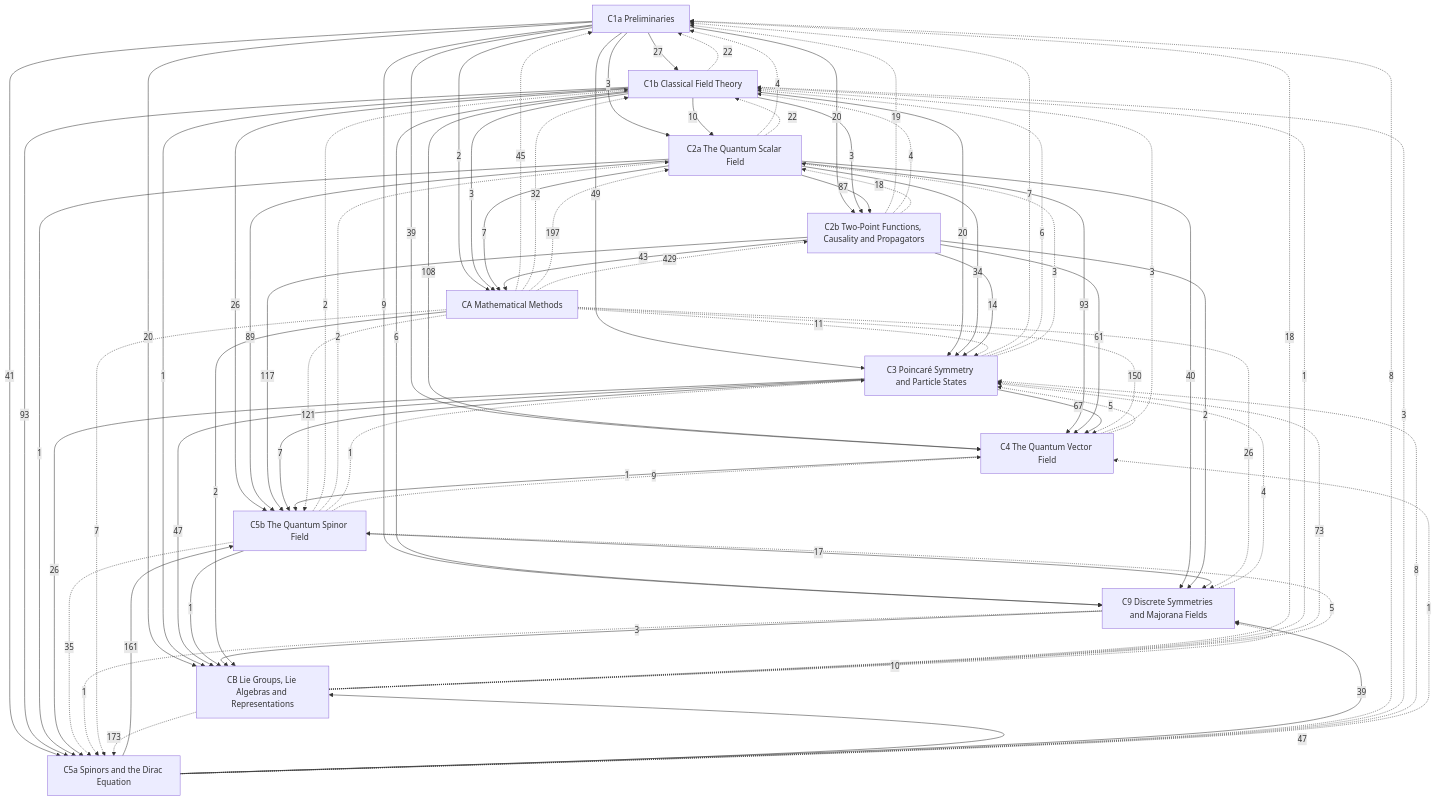
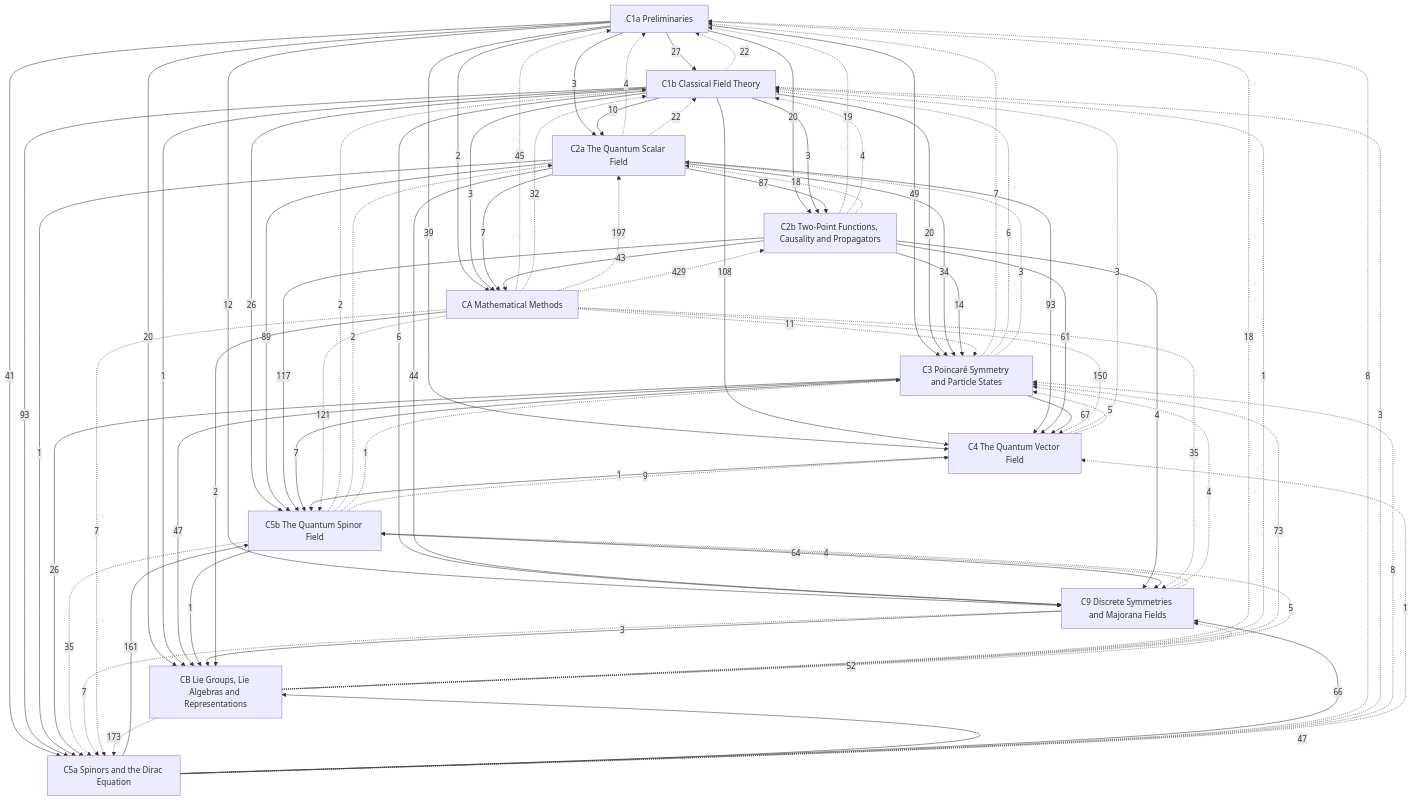
The diagram in Physics/Quantum Field Theory/Quantum Field Theory.md (Onion20040508/notes), drawn with Mermaid before and after one commit. The commit also changed other lines of this file and 34 other files, not shown here.

````diff
--- a/Physics/Quantum Field Theory/Quantum Field Theory.md
+++ b/Physics/Quantum Field Theory/Quantum Field Theory.md
@@ -65,12 +65,12 @@
   C3 -->|7| C5b
   C4 -->|1| C5b
   C5a -->|161| C5b
-  C1a -->|9| C9
+  C1a -->|12| C9
   C1b -->|6| C9
-  C2a -->|40| C9
-  C2b -->|2| C9
-  C5a -->|39| C9
-  C5b -->|17| C9
+  C2a -->|44| C9
+  C2b -->|4| C9
+  C5a -->|66| C9
+  C5b -->|64| C9
   C1a -->|2| CA
   C1b -->|3| CA
   C2a -->|7| CA
@@ -112,11 +112,12 @@
   C5b -.->|9| C4
   CA -.->|150| C4
   C5b -.->|35| C5a
-  C9 -.->|1| C5a
+  C9 -.->|7| C5a
   CA -.->|7| C5a
   CB -.->|173| C5a
+  C9 -.->|4| C5b
   CA -.->|121| C5b
   CB -.->|5| C5b
-  CA -.->|26| C9
-  CB -.->|10| C9
+  CA -.->|35| C9
+  CB -.->|52| C9
 ```
````
